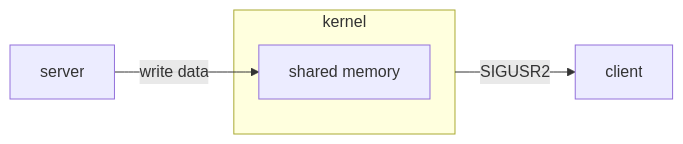
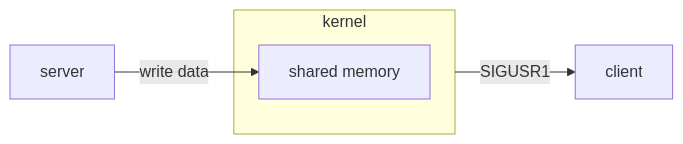
The eighth of 9 diagrams in Linux/Linux进程间通信/4_IPC.md (LiuYuan-SHU/MyNotes), drawn with Mermaid before and after one commit. The commit also changed other lines of this file and 1 other file, not shown here.

````diff
--- a/Linux/Linux进程间通信/4_IPC.md
+++ b/Linux/Linux进程间通信/4_IPC.md
@@ -249,12 +249,12 @@
 ```mermaid
 flowchart LR
 server
 client
 
 subgraph kernel
 	shm[shared memory]
 end
 
 server --write data--> shm
-kernel --SIGUSR2--> client
+kernel --SIGUSR1--> client
 ```
````
